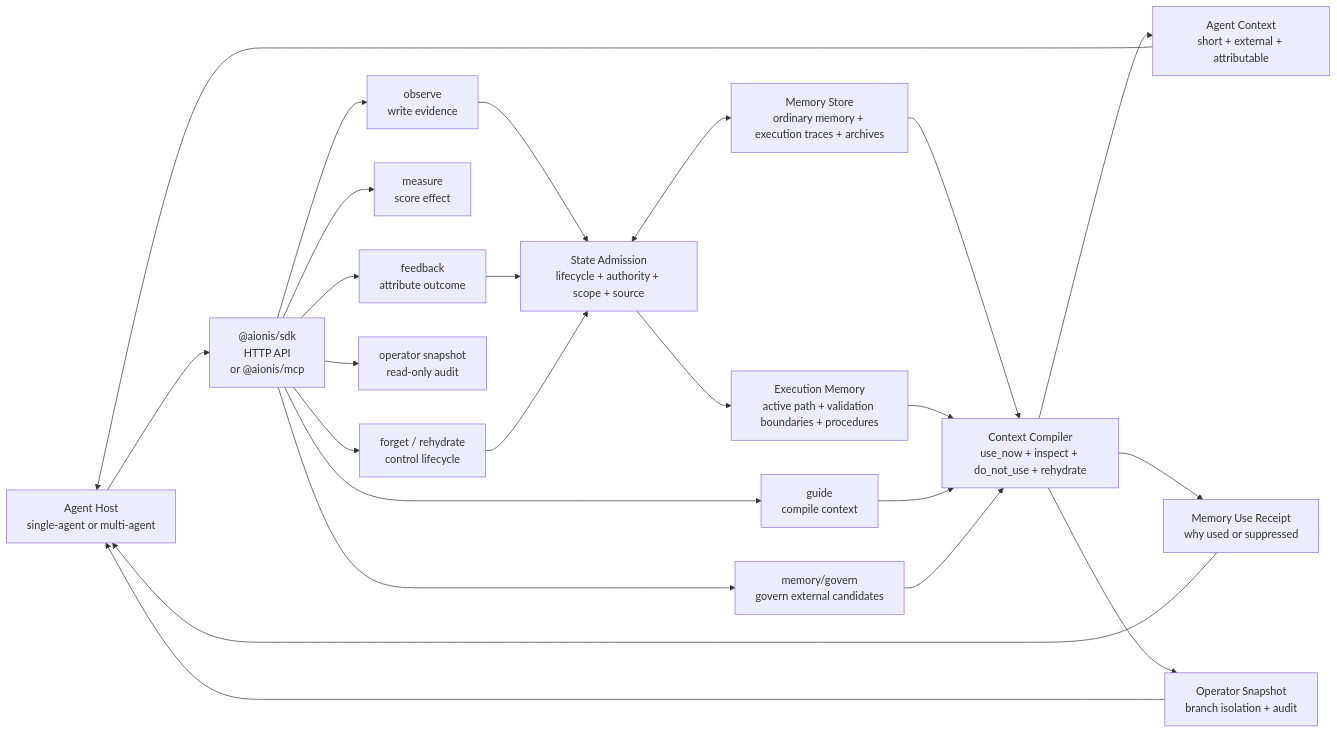
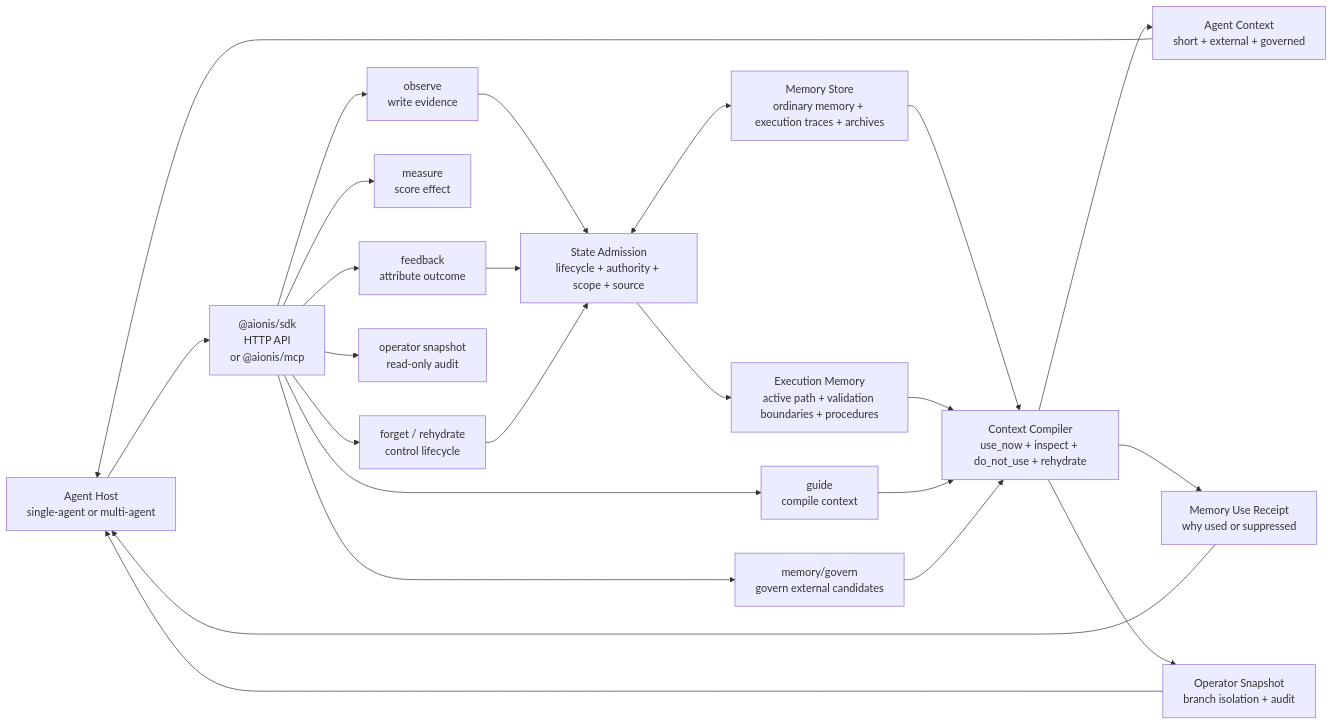
One commit to ostinatocc/Aionis changed the diagram in README.md. Above: the diagram before and after it, drawn with Mermaid. The commit also changed other lines of this file and 43 other files, not shown here.

````diff
--- a/README.md
+++ b/README.md
@@ -271,32 +271,32 @@
 ```mermaid
 flowchart LR
   Host["Agent Host\nsingle-agent or multi-agent"] --> SDK["@aionis/sdk\nHTTP API\nor @aionis/mcp"]
 
   SDK --> Observe["observe\nwrite evidence"]
   SDK --> Guide["guide\ncompile context"]
   SDK --> Govern["memory/govern\ngovern external candidates"]
   SDK --> Feedback["feedback\nattribute outcome"]
   SDK --> Measure["measure\nscore effect"]
   SDK --> Forget["forget / rehydrate\ncontrol lifecycle"]
   SDK --> Snapshot["operator snapshot\nread-only audit"]
 
   Observe --> Admission["State Admission\nlifecycle + authority + scope + source"]
   Feedback --> Admission
   Forget --> Admission
 
   Admission <--> Store["Memory Store\nordinary memory + execution traces + archives"]
   Admission --> Exec["Execution Memory\nactive path + validation boundaries + procedures"]
 
   Store --> Compiler["Context Compiler\nuse_now + inspect + do_not_use + rehydrate"]
   Exec --> Compiler
   Guide --> Compiler
   Govern --> Compiler
 
-  Compiler --> AgentContext["Agent Context\nshort + external + attributable"]
+  Compiler --> AgentContext["Agent Context\nshort + external + governed"]
   Compiler --> Receipt["Memory Use Receipt\nwhy used or suppressed"]
   Compiler --> Operator["Operator Snapshot\nbranch isolation + audit"]
 
   AgentContext --> Host
   Receipt --> Host
   Operator --> Host
 ```
````
